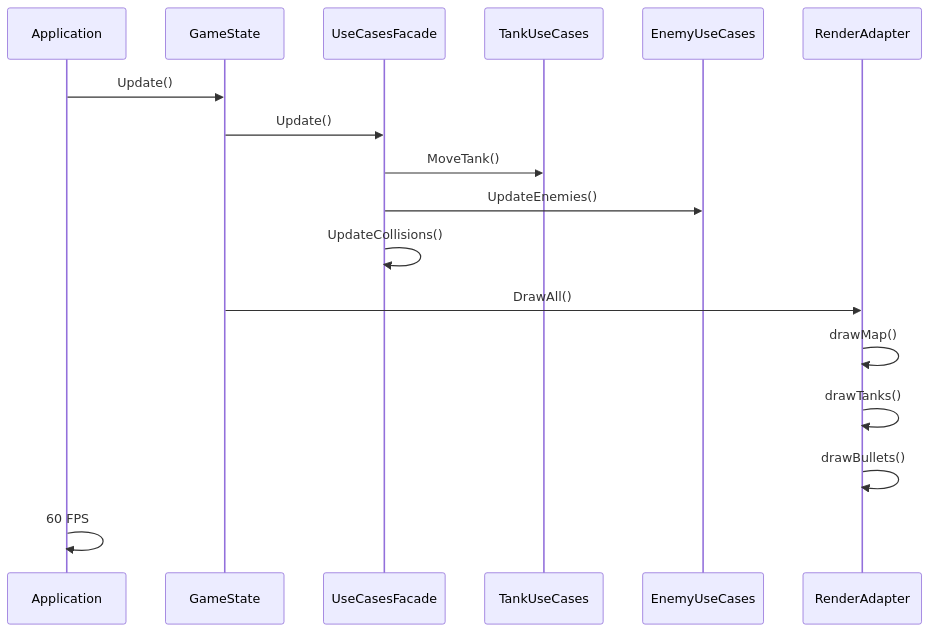
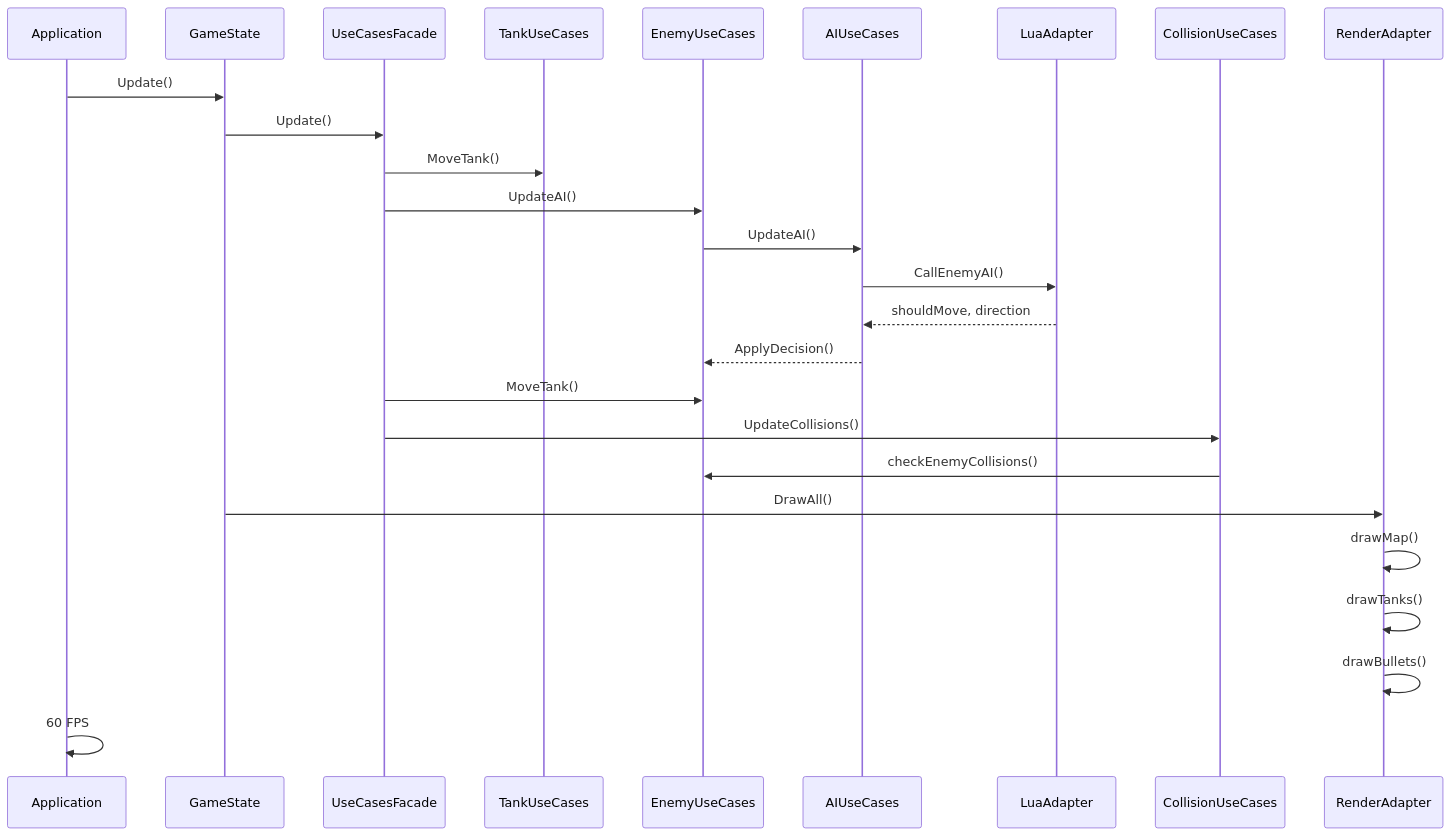
One commit to shpaker/tnk9x changed the third of 3 diagrams in README.md. Above: the diagram before and after it, drawn with Mermaid. The commit also changed other lines of this file and 5 other files, not shown here.

````diff
--- a/README.md
+++ b/README.md
@@ -157,20 +175,29 @@
 ```mermaid
 sequenceDiagram
     participant App as Application
     participant State as GameState
     participant Facade as UseCasesFacade
     participant Tank as TankUseCases
     participant Enemy as EnemyUseCases
+    participant AI as AIUseCases
+    participant Lua as LuaAdapter
+    participant Collision as CollisionUseCases
     participant Render as RenderAdapter
     
     App->>State: Update()
     State->>Facade: Update()
     Facade->>Tank: MoveTank()
-    Facade->>Enemy: UpdateEnemies()
-    Facade->>Facade: UpdateCollisions()
+    Facade->>Enemy: UpdateAI()
+    Enemy->>AI: UpdateAI()
+    AI->>Lua: CallEnemyAI()
+    Lua-->>AI: shouldMove, direction
+    AI-->>Enemy: ApplyDecision()
+    Facade->>Enemy: MoveTank()
+    Facade->>Collision: UpdateCollisions()
+    Collision->>Enemy: checkEnemyCollisions()
     State->>Render: DrawAll()
     Render->>Render: drawMap()
     Render->>Render: drawTanks()
     Render->>Render: drawBullets()
     App->>App: 60 FPS
 ```
````
